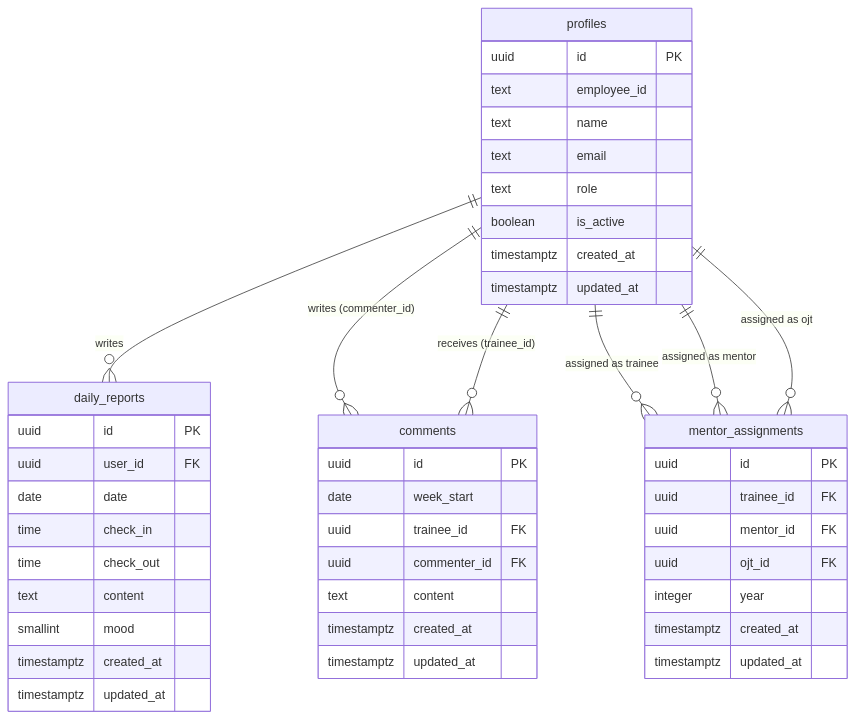
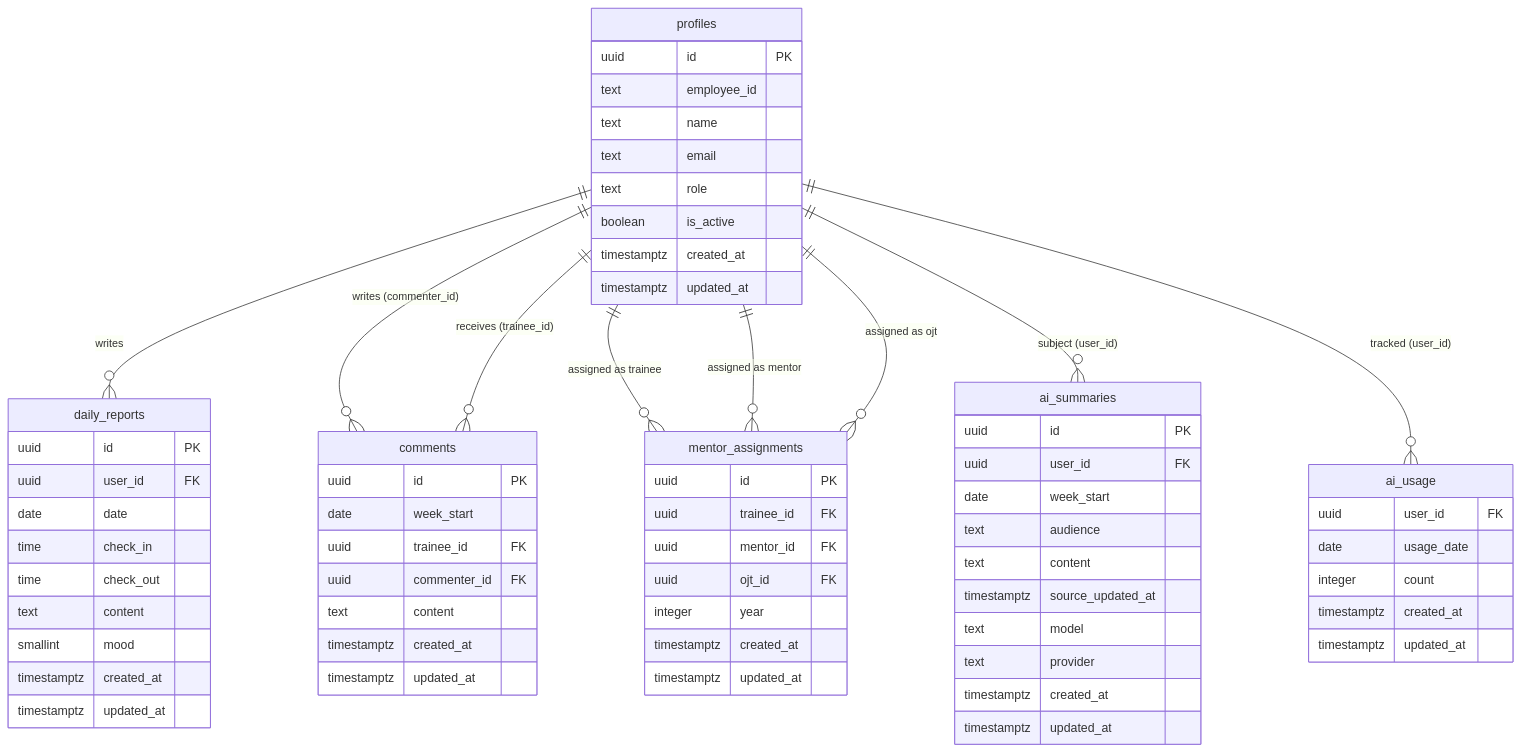
The diagram in docs/db-design.md (cct-ax/joynal), drawn with Mermaid before and after one commit. The commit also changed other lines of this file and 139 other files, not shown here.

````diff
--- a/docs/db-design.md
+++ b/docs/db-design.md
@@ -14,52 +22,75 @@
 ```mermaid
 erDiagram
     profiles {
         uuid id PK
         text employee_id
         text name
         text email
         text role
         boolean is_active
         timestamptz created_at
         timestamptz updated_at
     }
 
     daily_reports {
         uuid id PK
         uuid user_id FK
         date date
         time check_in
         time check_out
         text content
         smallint mood
         timestamptz created_at
         timestamptz updated_at
     }
 
     comments {
         uuid id PK
         date week_start
         uuid trainee_id FK
         uuid commenter_id FK
         text content
         timestamptz created_at
         timestamptz updated_at
     }
 
     mentor_assignments {
         uuid id PK
         uuid trainee_id FK
         uuid mentor_id FK
         uuid ojt_id FK
         integer year
         timestamptz created_at
         timestamptz updated_at
     }
 
+    ai_summaries {
+        uuid id PK
+        uuid user_id FK
+        date week_start
+        text audience
+        text content
+        timestamptz source_updated_at
+        text model
+        text provider
+        timestamptz created_at
+        timestamptz updated_at
+    }
+
+    ai_usage {
+        uuid user_id FK
+        date usage_date
+        integer count
+        timestamptz created_at
+        timestamptz updated_at
+    }
+
     profiles ||--o{ daily_reports : "writes"
     profiles ||--o{ comments : "writes (commenter_id)"
     profiles ||--o{ comments : "receives (trainee_id)"
     profiles ||--o{ mentor_assignments : "assigned as trainee"
     profiles ||--o{ mentor_assignments : "assigned as mentor"
     profiles ||--o{ mentor_assignments : "assigned as ojt"
+    profiles ||--o{ ai_summaries : "subject (user_id)"
+    profiles ||--o{ ai_usage : "tracked (user_id)"
 ```
````
